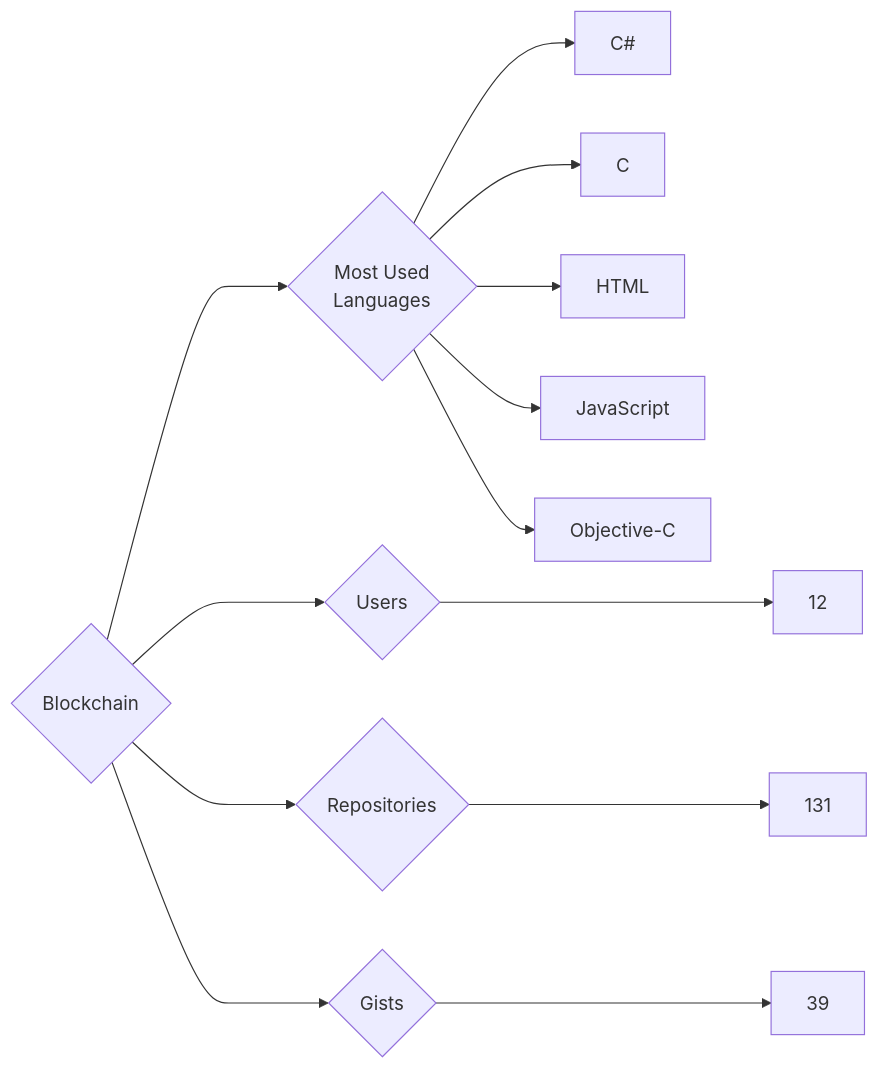
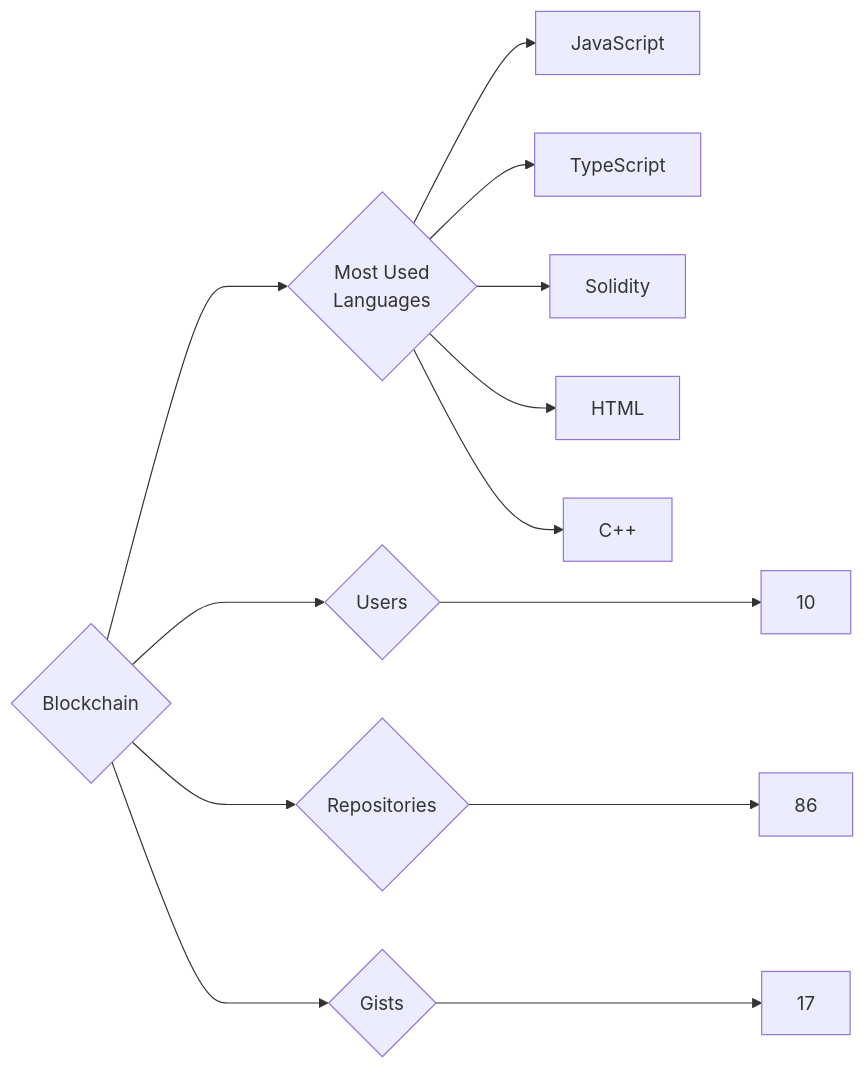
One commit to trickest/insiders changed the diagram in targets/Blockchain/README.md. Above: the diagram before and after it, drawn with Mermaid. The commit also changed 1170 other files, not shown here.

````diff
--- a/targets/Blockchain/README.md
+++ b/targets/Blockchain/README.md
@@ -3,13 +3,13 @@
 ```mermaid
 graph LR
 COMPANY_NAME{Blockchain}
-COMPANY_NAME ---> U{Users} ---> UN[12]
-COMPANY_NAME ---> R{Repositories} ---> RN[131]
-COMPANY_NAME ---> G{Gists} ---> GN[39]
+COMPANY_NAME ---> U{Users} ---> UN[10]
+COMPANY_NAME ---> R{Repositories} ---> RN[86]
+COMPANY_NAME ---> G{Gists} ---> GN[17]
 COMPANY_NAME ---> ML{Most Used<br>Languages}
-ML --> C#[C#]
-ML --> C[C]
+ML --> JavaScript[JavaScript]
+ML --> TypeScript[TypeScript]
+ML --> Solidity[Solidity]
 ML --> HTML[HTML]
-ML --> JavaScript[JavaScript]
-ML --> Objective-C[Objective-C]
+ML --> C++[C++]
 ```
````
